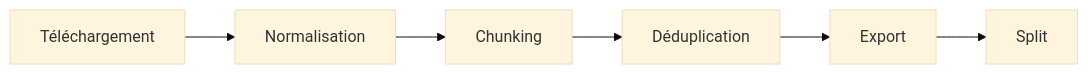
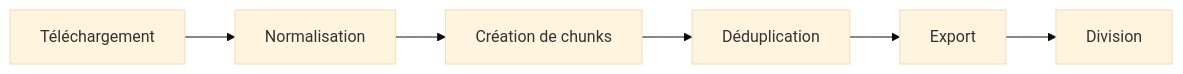
One commit to DiAbL0Tin/aggregator-nicknames changed the fourth of 4 diagrams in README.md. Above: the diagram before and after it, drawn with Mermaid (base theme). The commit also changed other lines of this file and 1 other file, not shown here.

````diff
--- a/README.md
+++ b/README.md
@@ -309,8 +689,8 @@
 ```mermaid
 graph LR
   A[Téléchargement] --> B[Normalisation]
-  B --> C[Chunking]
+  B --> C[Création de chunks]
   C --> D[Déduplication]
   D --> E[Export]
-  E --> F[Split]
+  E --> F[Division]
 ```
````
